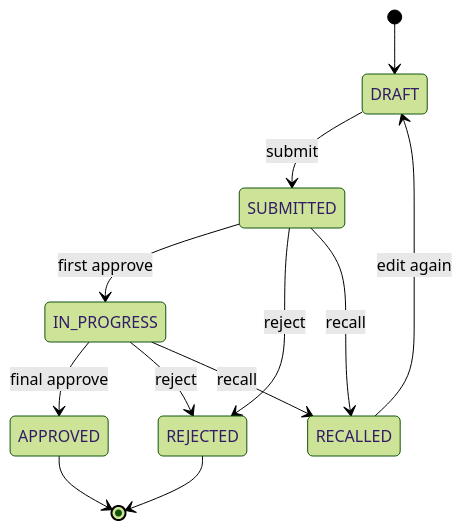
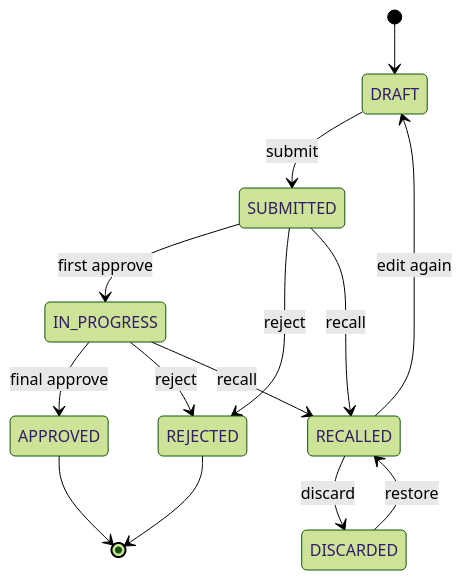
Before and after one commit to frontierverse/e-approval-system: the second of 2 diagrams in docs/data-model.md, drawn with Mermaid (forest theme). The commit also changed other lines of this file and 85 other files, not shown here.

````diff
--- a/docs/data-model.md
+++ b/docs/data-model.md
@@ -319,14 +323,16 @@
 ```mermaid
 stateDiagram-v2
   [*] --> DRAFT
   DRAFT --> SUBMITTED: submit
   SUBMITTED --> IN_PROGRESS: first approve
   SUBMITTED --> REJECTED: reject
   SUBMITTED --> RECALLED: recall
   IN_PROGRESS --> APPROVED: final approve
   IN_PROGRESS --> REJECTED: reject
   IN_PROGRESS --> RECALLED: recall
   APPROVED --> [*]
   REJECTED --> [*]
   RECALLED --> DRAFT: edit again
+  RECALLED --> DISCARDED: discard
+  DISCARDED --> RECALLED: restore
 ```
````
